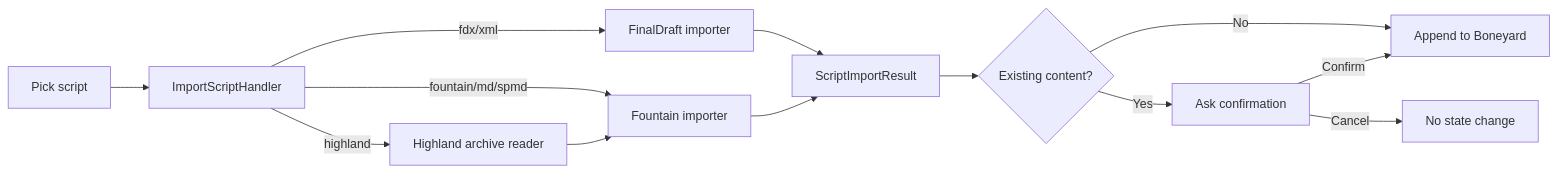
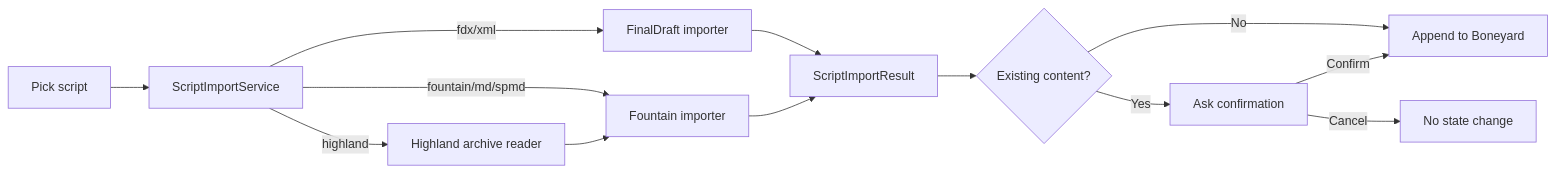
Before and after one commit to alucardGonza/CineSched_D.G.D: the fifth of 6 diagrams in ARCHITECTURE.md, drawn with Mermaid. The commit also changed other lines of this file and 2 other files, not shown here.

````diff
--- a/ARCHITECTURE.md
+++ b/ARCHITECTURE.md
@@ -527,15 +499,15 @@
 ```mermaid
 flowchart LR
-    Picker[Pick script] --> Router[ImportScriptHandler]
+    Picker[Pick script] --> Router[ScriptImportService]
     Router -->|fdx/xml| FDX[FinalDraft importer]
     Router -->|fountain/md/spmd| Fountain[Fountain importer]
     Router -->|highland| Highland[Highland archive reader]
     Highland --> Fountain
     FDX --> Result[ScriptImportResult]
     Fountain --> Result
     Result --> Confirm{Existing content?}
     Confirm -->|No| Commit[Append to Boneyard]
     Confirm -->|Yes| Dialog[Ask confirmation]
     Dialog -->|Confirm| Commit
     Dialog -->|Cancel| NoChange[No state change]
 ```
````
